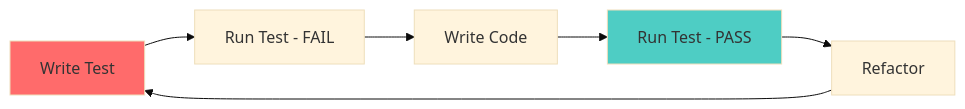
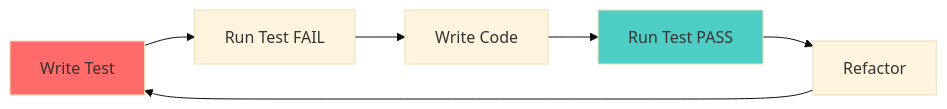
One commit to that-in-rust/parseltongue changed the tenth of 10 diagrams in README.md. Above: the diagram before and after it, drawn with Mermaid (base theme). The commit also changed other lines of this file and 32 other files, not shown here.

````diff
--- a/README.md
+++ b/README.md
@@ -380,11 +381,11 @@
 ```mermaid
 flowchart LR
-    A[Write Test] --> B[Run Test - FAIL]
+    A[Write Test] --> B[Run Test FAIL]
     B --> C[Write Code]
-    C --> D[Run Test - PASS]
+    C --> D[Run Test PASS]
     D --> E[Refactor]
     E --> A
     
     style A fill:#ff6b6b
     style D fill:#4ecdc4
 ```
````
